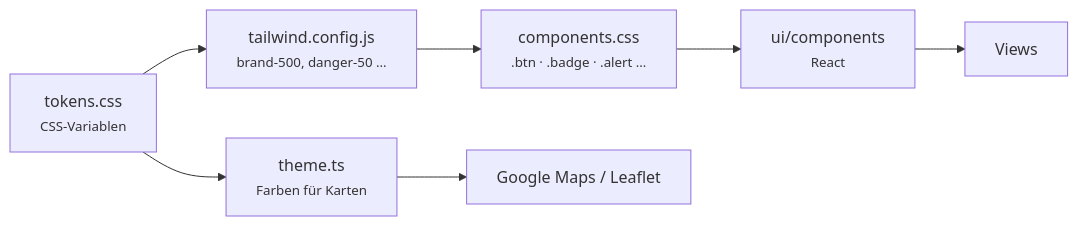
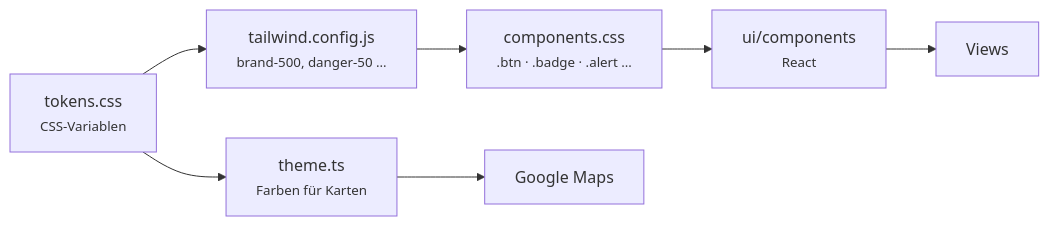
The diagram in docs/05-design-system.md (oekfbIT/Heizma), drawn with Mermaid before and after one commit. The commit also changed other lines of this file and 55 other files, not shown here.

````diff
--- a/docs/05-design-system.md
+++ b/docs/05-design-system.md
@@ -13,9 +10,9 @@
 ```mermaid
 flowchart LR
   T["tokens.css<br/><small>CSS-Variablen</small>"] --> TW["tailwind.config.js<br/><small>brand-500, danger-50 …</small>"]
   T --> TH["theme.ts<br/><small>Farben für Karten</small>"]
   TW --> C["components.css<br/><small>.btn · .badge · .alert …</small>"]
   C --> R["ui/components<br/><small>React</small>"]
   R --> V["Views"]
-  TH --> M["Google Maps / Leaflet"]
+  TH --> M["Google Maps"]
 ```
````
